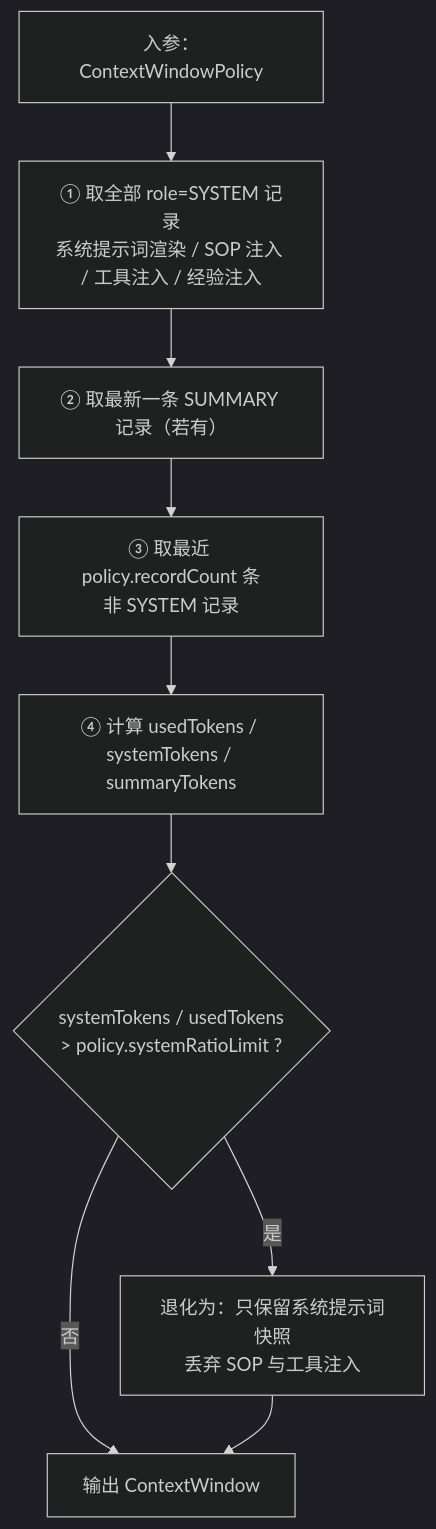
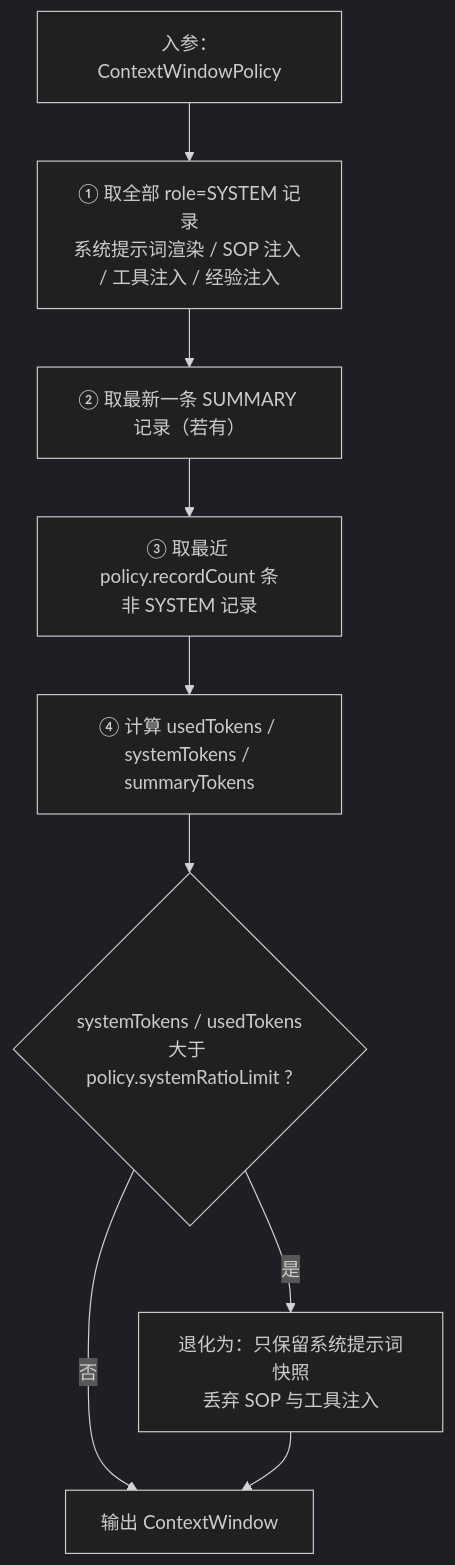
One commit to zcd0831/Jellyfish-Docs changed the sixth of 6 diagrams in model/模块-感知.md. Above: the diagram before and after it, drawn with Mermaid (dark theme). The commit also changed other lines of this file and 9 other files, not shown here.

````diff
--- a/model/模块-感知.md
+++ b/model/模块-感知.md
@@ -500,10 +480,10 @@
 ```mermaid
 flowchart TD
     A[入参：ContextWindowPolicy] --> B[① 取全部 role=SYSTEM 记录<br/>系统提示词渲染 / SOP 注入 / 工具注入 / 经验注入]
     B --> C[② 取最新一条 SUMMARY 记录（若有）]
     C --> D[③ 取最近 policy.recordCount 条<br/>非 SYSTEM 记录]
     D --> E[④ 计算 usedTokens / systemTokens / summaryTokens]
-    E --> F{systemTokens / usedTokens<br/>&gt; policy.systemRatioLimit ?}
+    E --> F{systemTokens / usedTokens<br/>大于 policy.systemRatioLimit ?}
     F -- 否 --> H[输出 ContextWindow]
     F -- 是 --> G[退化为：只保留系统提示词快照<br/>丢弃 SOP 与工具注入] --> H
 ```
````
